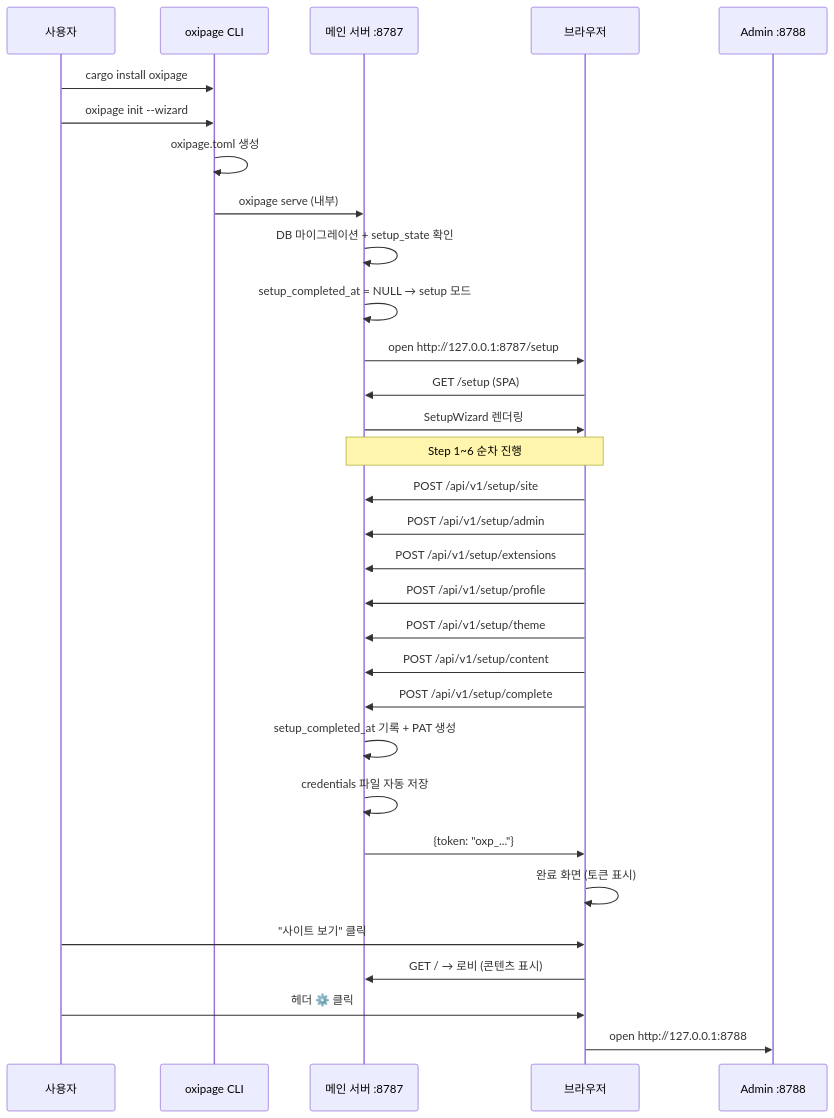
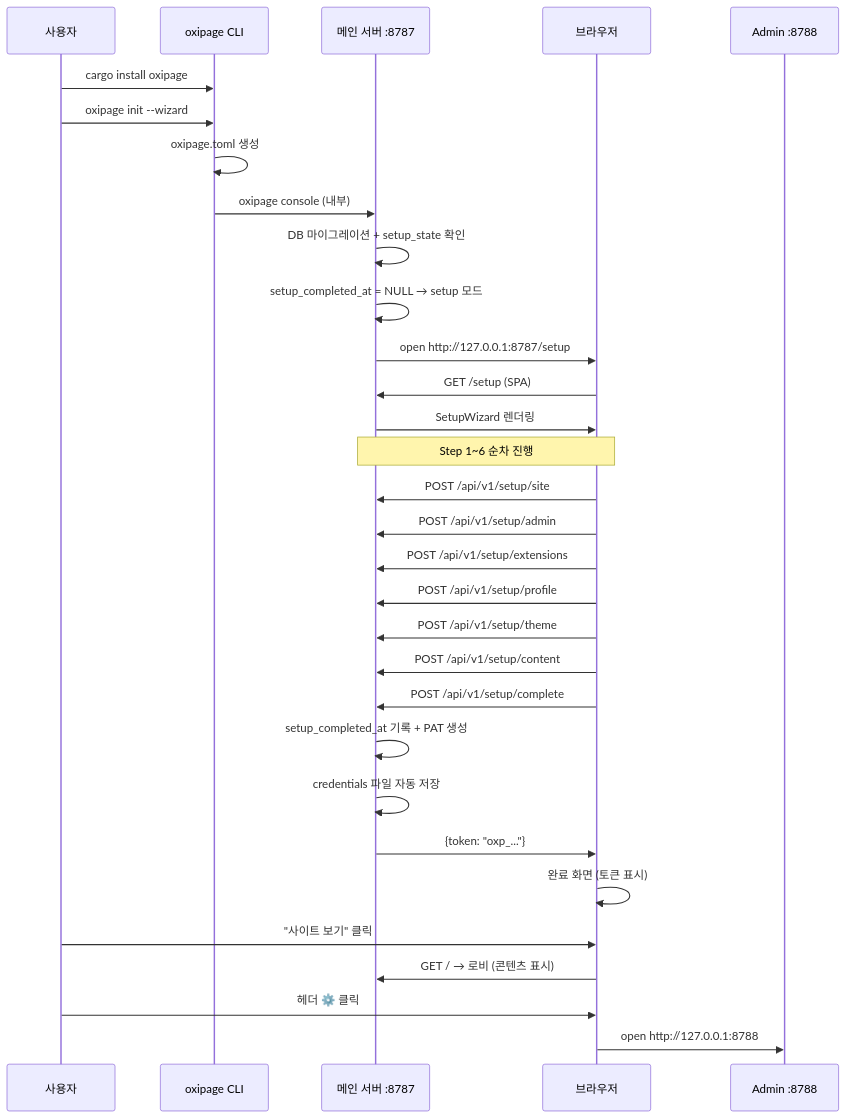
The diagram in doc/13-first-run-ux.md (a7garden/oxipage), drawn with Mermaid before and after one commit. The commit also changed other lines of this file and 8 other files, not shown here.

Commit message:
docs: rename 'serve' terminology to 'console' across README, doc/, SKILL.md (T8)

````diff
--- a/doc/13-first-run-ux.md
+++ b/doc/13-first-run-ux.md
@@ -776,38 +776,38 @@
 ```mermaid
 sequenceDiagram
     participant U as 사용자
     participant CLI as oxipage CLI
     participant S as 메인 서버 :8787
     participant B as 브라우저
     participant A as Admin :8788
 
     U->>CLI: cargo install oxipage
     U->>CLI: oxipage init --wizard
     CLI->>CLI: oxipage.toml 생성
-    CLI->>S: oxipage serve (내부)
+    CLI->>S: oxipage console (내부)
     S->>S: DB 마이그레이션 + setup_state 확인
     S->>S: setup_completed_at = NULL → setup 모드
     S->>B: open http://127.0.0.1:8787/setup
     B->>S: GET /setup (SPA)
     S->>B: SetupWizard 렌더링
 
     Note over B,S: Step 1~6 순차 진행
 
     B->>S: POST /api/v1/setup/site
     B->>S: POST /api/v1/setup/admin
     B->>S: POST /api/v1/setup/extensions
     B->>S: POST /api/v1/setup/profile
     B->>S: POST /api/v1/setup/theme
     B->>S: POST /api/v1/setup/content
     B->>S: POST /api/v1/setup/complete
     S->>S: setup_completed_at 기록 + PAT 생성
     S->>S: credentials 파일 자동 저장
     S->>B: {token: "oxp_..."}
     B->>B: 완료 화면 (토큰 표시)
 
     U->>B: "사이트 보기" 클릭
     B->>S: GET / → 로비 (콘텐츠 표시)
 
     U->>B: 헤더 ⚙️ 클릭
     B->>A: open http://127.0.0.1:8788
 ```
````
